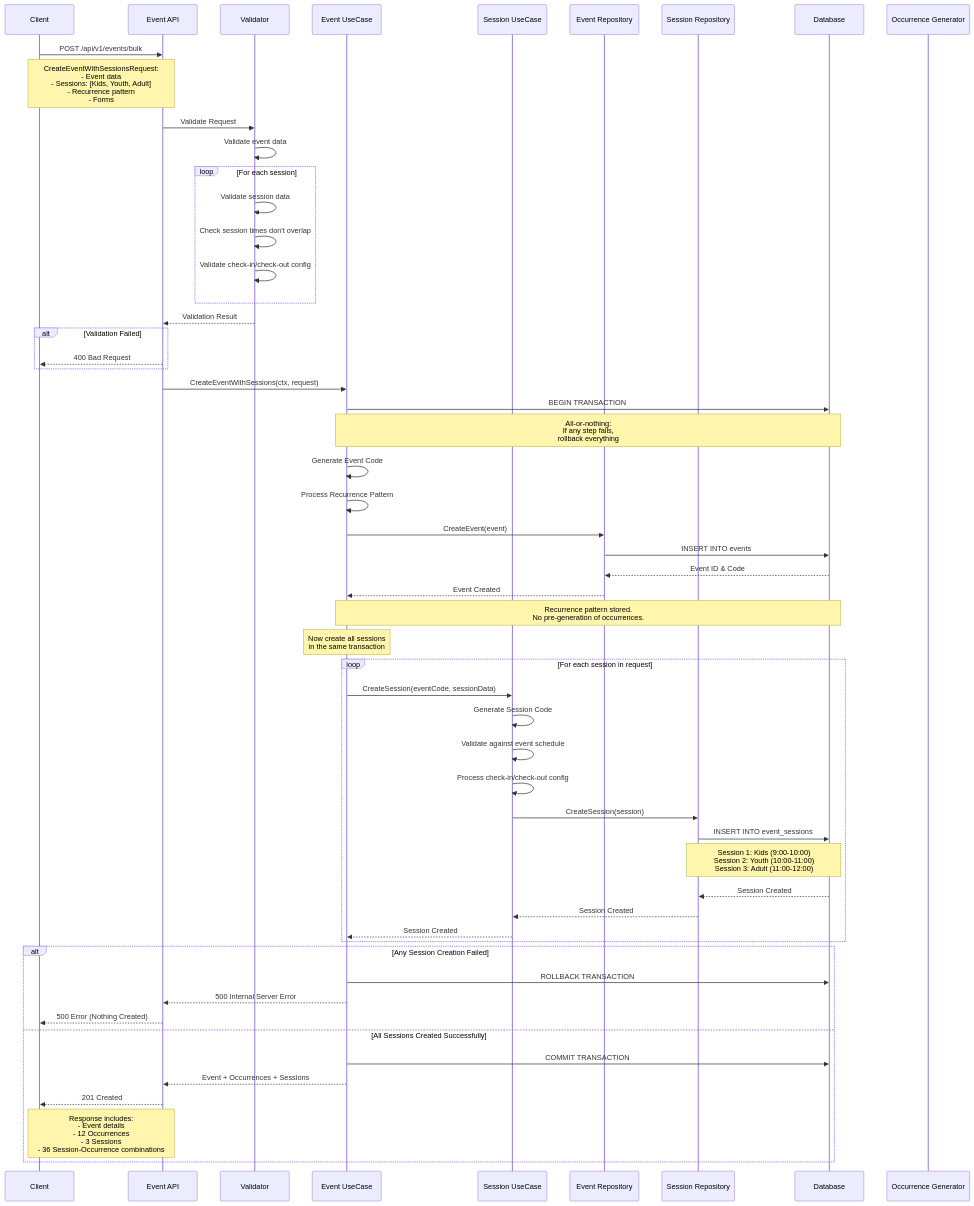
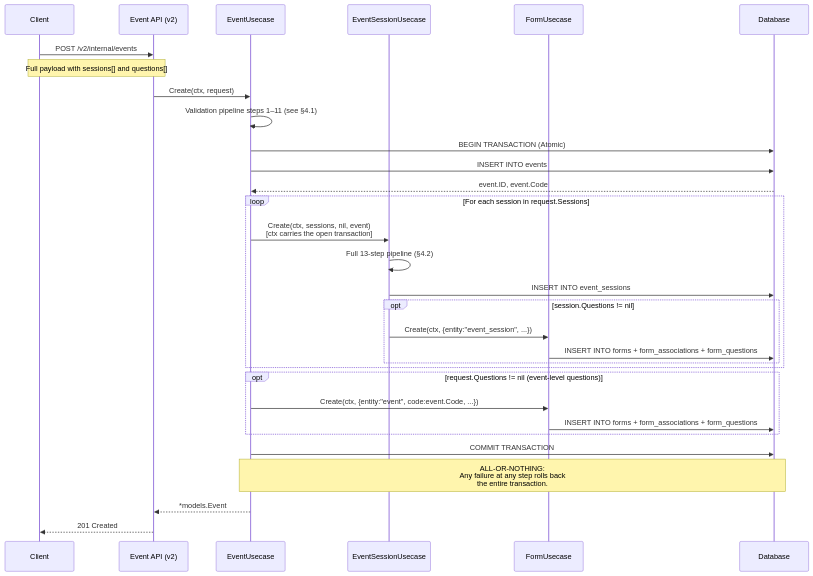
The sixth of 10 diagrams in docs/event_management_system_spec.md (growcenter/go-community), drawn with Mermaid before and after one commit. The commit also changed other lines of this file and 4 other files, not shown here.

Commit message:
fix: update schema and specs

````diff
--- a/docs/event_management_system_spec.md
+++ b/docs/event_management_system_spec.md
@@ -617,74 +556,41 @@
 ```mermaid
 sequenceDiagram
     participant Client
-    participant API as Event API
-    participant Validator
-    participant UC as Event UseCase
-    participant SessionUC as Session UseCase
-    participant Repo as Event Repository
-    participant SessionRepo as Session Repository
+    participant API as Event API (v2)
+    participant EventUC as EventUsecase
+    participant SessionUC as EventSessionUsecase
+    participant FormUC as FormUsecase
     participant DB as Database
-    participant OccGen as Occurrence Generator
 
-    Client->>API: POST /api/v1/events/bulk
-    Note over Client,API: CreateEventWithSessionsRequest:<br/>- Event data<br/>- Sessions: [Kids, Youth, Adult]<br/>- Recurrence pattern<br/>- Forms
+    Client->>API: POST /v2/internal/events
+    Note over Client,API: Full payload with sessions[] and questions[]
 
-    API->>Validator: Validate Request
-    Validator->>Validator: Validate event data
+    API->>EventUC: Create(ctx, request)
+    EventUC->>EventUC: Validation pipeline steps 1–11 (see §4.1)
 
-    loop For each session
-        Validator->>Validator: Validate session data
-        Validator->>Validator: Check session times don't overlap
-        Validator->>Validator: Validate check-in/check-out config
+    EventUC->>DB: BEGIN TRANSACTION (Atomic)
+    EventUC->>DB: INSERT INTO events
+    DB-->>EventUC: event.ID, event.Code
+
+    loop For each session in request.Sessions
+        EventUC->>SessionUC: Create(ctx, sessions, nil, event)<br/>[ctx carries the open transaction]
+        SessionUC->>SessionUC: Full 13-step pipeline (§4.2)
+        SessionUC->>DB: INSERT INTO event_sessions
+
+        opt session.Questions != nil
+            SessionUC->>FormUC: Create(ctx, {entity:"event_session", ...})
+            FormUC->>DB: INSERT INTO forms + form_associations + form_questions
+        end
     end
 
-    Validator-->>API: Validation Result
-
-    alt Validation Failed
-        API-->>Client: 400 Bad Request
+    opt request.Questions != nil (event-level questions)
+        EventUC->>FormUC: Create(ctx, {entity:"event", code:event.Code, ...})
+        FormUC->>DB: INSERT INTO forms + form_associations + form_questions
     end
 
-    API->>UC: CreateEventWithSessions(ctx, request)
+    EventUC->>DB: COMMIT TRANSACTION
+    Note over EventUC,DB: ALL-OR-NOTHING:<br/>Any failure at any step rolls back<br/>the entire transaction.
 
-    UC->>DB: BEGIN TRANSACTION
-    Note over UC,DB: All-or-nothing:<br/>If any step fails,<br/>rollback everything
-
-    UC->>UC: Generate Event Code
-    UC->>UC: Process Recurrence Pattern
-
-    UC->>Repo: CreateEvent(event)
-    Repo->>DB: INSERT INTO events
-    DB-->>Repo: Event ID & Code
-    Repo-->>UC: Event Created
-
-    Note over UC,DB: Recurrence pattern stored.<br/>No pre-generation of occurrences.
-
-    Note over UC: Now create all sessions<br/>in the same transaction
-
-    loop For each session in request
-        UC->>SessionUC: CreateSession(eventCode, sessionData)
-
-        SessionUC->>SessionUC: Generate Session Code
-        SessionUC->>SessionUC: Validate against event schedule
-        SessionUC->>SessionUC: Process check-in/check-out config
-
-        SessionUC->>SessionRepo: CreateSession(session)
-        SessionRepo->>DB: INSERT INTO event_sessions
-        Note over SessionRepo,DB: Session 1: Kids (9:00-10:00)<br/>Session 2: Youth (10:00-11:00)<br/>Session 3: Adult (11:00-12:00)
-
-        DB-->>SessionRepo: Session Created
-        SessionRepo-->>SessionUC: Session Created
-        SessionUC-->>UC: Session Created
-    end
-
-    alt Any Session Creation Failed
-        UC->>DB: ROLLBACK TRANSACTION
-        UC-->>API: 500 Internal Server Error
-        API-->>Client: 500 Error (Nothing Created)
-    else All Sessions Created Successfully
-        UC->>DB: COMMIT TRANSACTION
-        UC-->>API: Event + Occurrences + Sessions
-        API-->>Client: 201 Created
-        Note over Client,API: Response includes:<br/>- Event details<br/>- 12 Occurrences<br/>- 3 Sessions<br/>- 36 Session-Occurrence combinations
-    end
+    EventUC-->>API: *models.Event
+    API-->>Client: 201 Created
 ```
````
